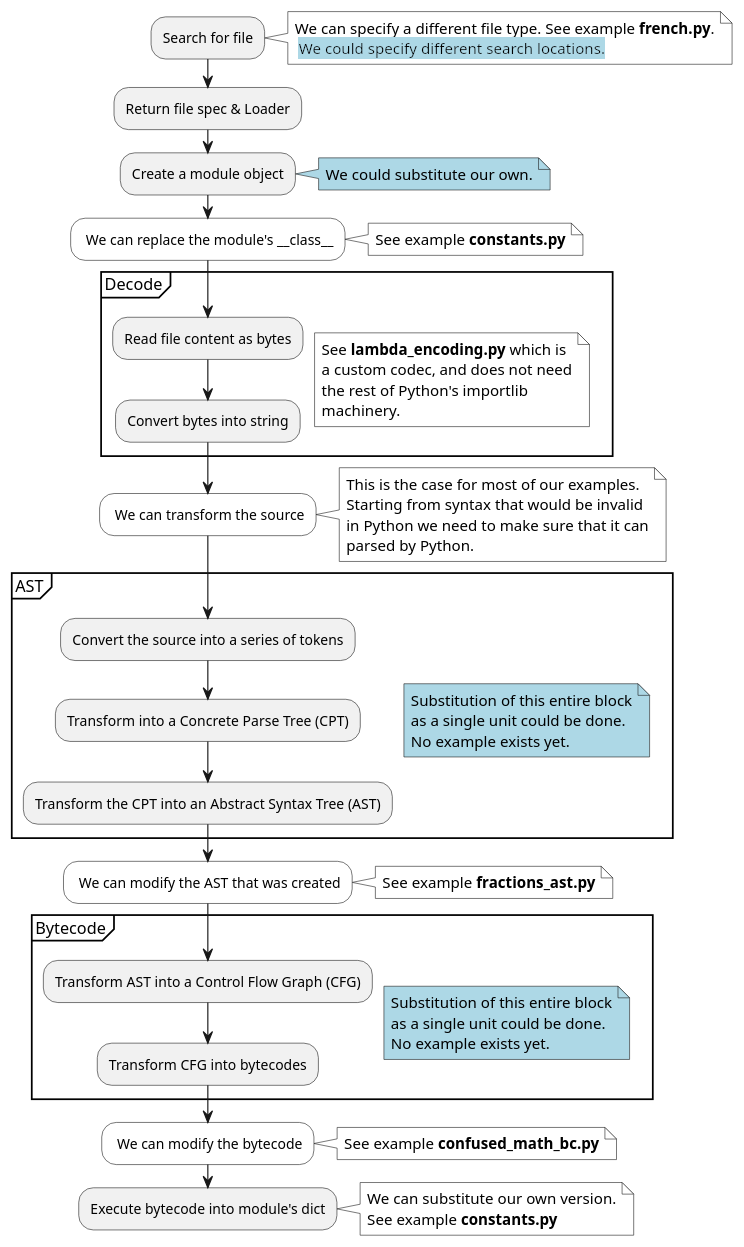
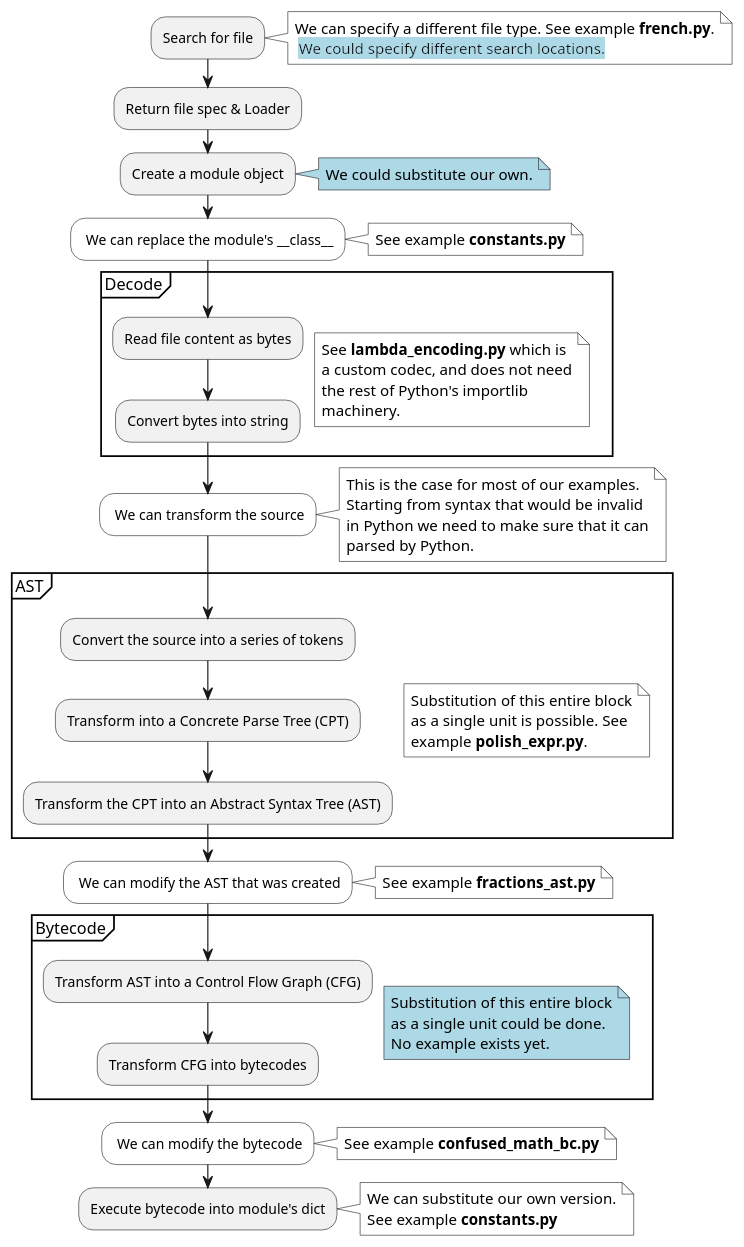
Before and after one commit to aroberge/ideas: the diagram in docs/source/import_hook3.puml, drawn with PlantUML. The commit also changed 2 other files, not shown here.

Commit message:
Update documentation for parser example
The derived files in doctrees/ and html/ and source/_static/ will need
to be regenerated.

```diff
--- a/docs/source/import_hook3.puml
+++ b/docs/source/import_hook3.puml
@@ -1,59 +1,59 @@
 @startuml
     :Search for file;
     note right #White
         We can specify a different file type. See example **french.py**.
         <back:lightblue> We could specify different search locations.</back>
     end note
     :Return file spec & Loader;
     :Create a module object;
     note right #LightBlue
         We could substitute our own.
     end note
     #White: We can replace the module's ~__class__;
     note right #White: See example **constants.py**
     partition Decode {
         note right #White
            See **lambda_encoding.py** which is
            a custom codec, and does not need
            the rest of Python's importlib
            machinery.
         end note
         :Read file content as bytes;
         :Convert bytes into string;
     }
     #White: We can transform the source;
     note right #White
         This is the case for most of our examples.
         Starting from syntax that would be invalid
         in Python we need to make sure that it can
         parsed by Python.
     end note
     partition AST {
-        note right #LightBlue
+        note right #White
            Substitution of this entire block
-           as a single unit could be done.
-           No example exists yet.
+           as a single unit is possible. See
+           example **polish_expr.py**.
         end note
         :Convert the source into a series of tokens;
         :Transform into a Concrete Parse Tree (CPT);
         :Transform the CPT into an Abstract Syntax Tree (AST);
     }
     #White: We can modify the AST that was created;
     note right #White: See example **fractions_ast.py**
     partition Bytecode {
         note right #LightBlue
            Substitution of this entire block
            as a single unit could be done.
            No example exists yet.
         end note
         :Transform AST into a Control Flow Graph (CFG);
         :Transform CFG into bytecodes;
     }
     #White: We can modify the bytecode;
     note right #White: See example **confused_math_bc.py**
     :Execute bytecode into module's dict;
     note right #White
        We can substitute our own version.
        See example **constants.py**
     end note
 @enduml
```
